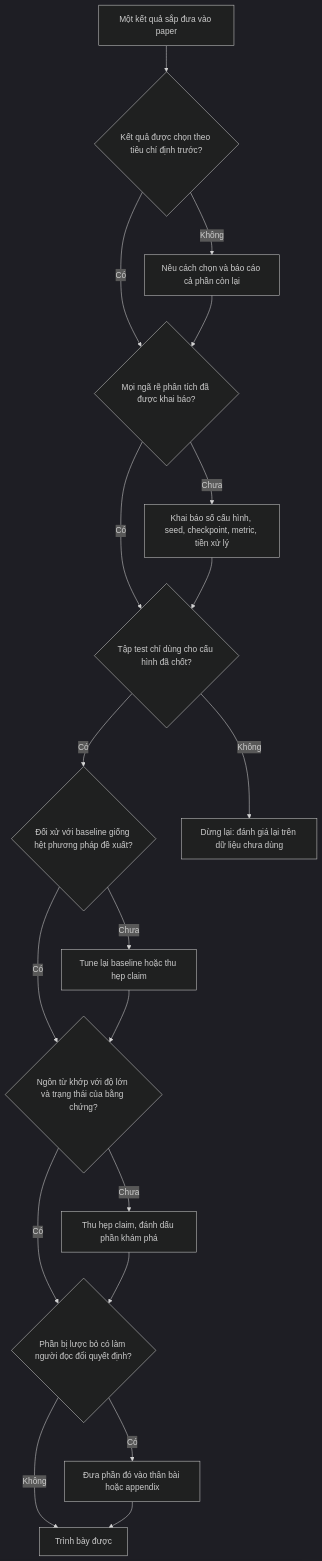
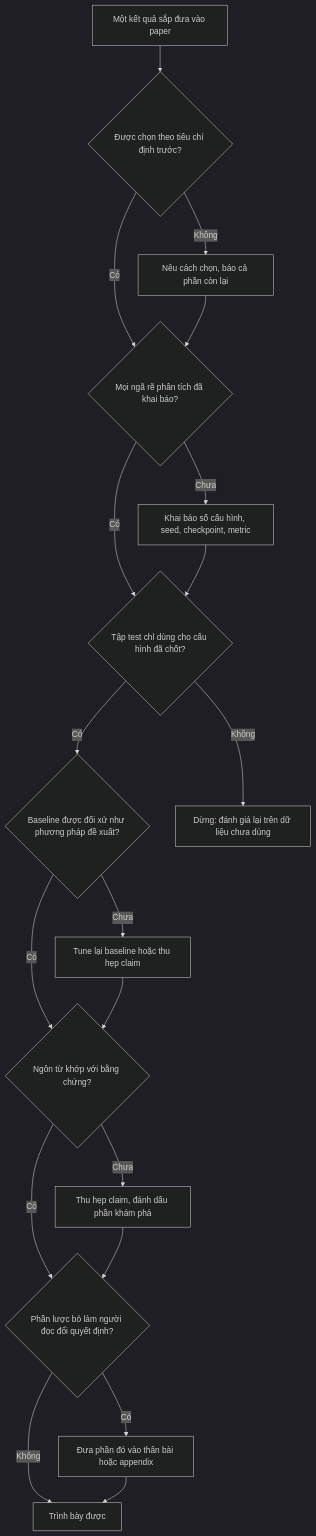
One commit to tuandung222/How-to-write-Astar-Paper changed the diagram in docs/08-tinh-huong-kho/ranh-gioi-trung-thuc.md. Above: the diagram before and after it, drawn with Mermaid (dark theme). The commit also changed other lines of this file and 7 other files, not shown here.

````diff
--- a/docs/08-tinh-huong-kho/ranh-gioi-trung-thuc.md
+++ b/docs/08-tinh-huong-kho/ranh-gioi-trung-thuc.md
@@ -224,21 +210,21 @@
 ```mermaid
 flowchart TD
-    A["Một kết quả sắp đưa vào paper"] --> B{"Kết quả được chọn theo tiêu chí định trước?"}
-    B -- "Có" --> C{"Mọi ngã rẽ phân tích đã được khai báo?"}
-    B -- "Không" --> B2["Nêu cách chọn và báo cáo cả phần còn lại"]
+    A["Một kết quả sắp đưa vào paper"] --> B{"Được chọn theo tiêu chí định trước?"}
+    B -- "Có" --> C{"Mọi ngã rẽ phân tích đã khai báo?"}
+    B -- "Không" --> B2["Nêu cách chọn, báo cả phần còn lại"]
     B2 --> C
     C -- "Có" --> D{"Tập test chỉ dùng cho cấu hình đã chốt?"}
-    C -- "Chưa" --> C2["Khai báo số cấu hình, seed, checkpoint, metric, tiền xử lý"]
+    C -- "Chưa" --> C2["Khai báo số cấu hình, seed, checkpoint, metric"]
     C2 --> D
-    D -- "Có" --> E{"Đối xử với baseline giống hệt phương pháp đề xuất?"}
-    D -- "Không" --> D2["Dừng lại: đánh giá lại trên dữ liệu chưa dùng"]
-    E -- "Có" --> F{"Ngôn từ khớp với độ lớn và trạng thái của bằng chứng?"}
+    D -- "Có" --> E{"Baseline được đối xử như phương pháp đề xuất?"}
+    D -- "Không" --> D2["Dừng: đánh giá lại trên dữ liệu chưa dùng"]
+    E -- "Có" --> F{"Ngôn từ khớp với bằng chứng?"}
     E -- "Chưa" --> E2["Tune lại baseline hoặc thu hẹp claim"]
     E2 --> F
-    F -- "Có" --> G{"Phần bị lược bỏ có làm người đọc đổi quyết định?"}
+    F -- "Có" --> G{"Phần lược bỏ làm người đọc đổi quyết định?"}
     F -- "Chưa" --> F2["Thu hẹp claim, đánh dấu phần khám phá"]
     F2 --> G
     G -- "Không" --> H["Trình bày được"]
     G -- "Có" --> G2["Đưa phần đó vào thân bài hoặc appendix"]
     G2 --> H
 ```
````
